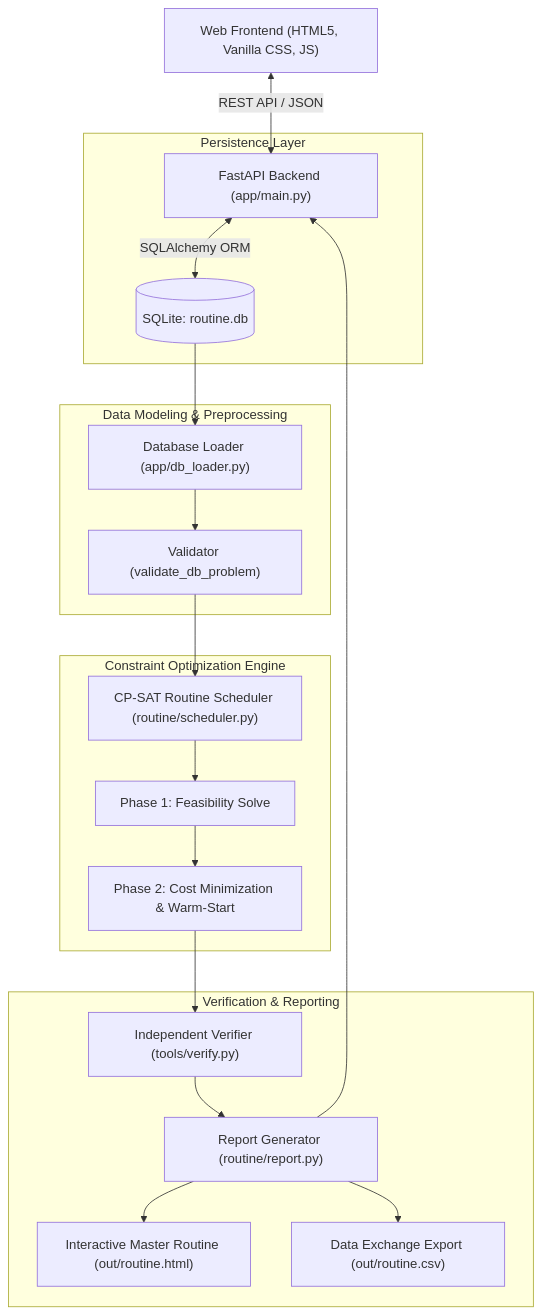
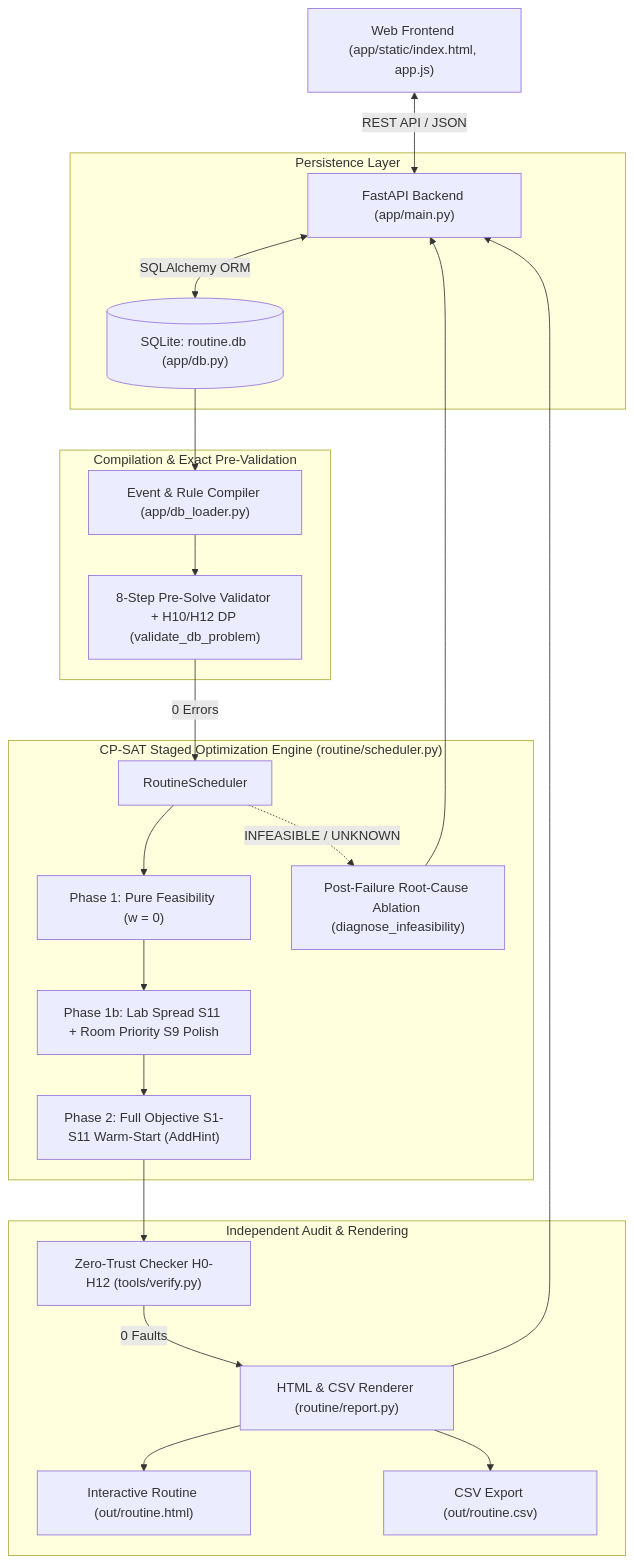
Before and after one commit to mesbaul2022/RoutineMaker: the diagram in DOCUMENTATION.md, drawn with Mermaid. The commit also changed other lines of this file and 60 other files, not shown here.

````diff
--- a/DOCUMENTATION.md
+++ b/DOCUMENTATION.md
@@ -47,35 +52,38 @@
 ```mermaid
 graph TD
-    UI["Web Frontend (HTML5, Vanilla CSS, JS)"] <--> |REST API / JSON| API["FastAPI Backend (app/main.py)"]
-    
-    subgraph Storage ["Persistence Layer"]
-        DB[(SQLite: routine.db)]
-        API <--> |SQLAlchemy ORM| DB
+    UI["Web Frontend (app/static/index.html, app.js)"] <-->|"REST API / JSON"| API["FastAPI Backend (app/main.py)"]
+
+    subgraph Storage["Persistence Layer"]
+        DB[("SQLite: routine.db (app/db.py)")]
+        API <-->|"SQLAlchemy ORM"| DB
     end
 
-    subgraph ProblemModeling ["Data Modeling & Preprocessing"]
-        DBLoader["Database Loader (app/db_loader.py)"]
-        Verify["Validator (validate_db_problem)"]
-        DB --> DBLoader
-        DBLoader --> Verify
+    subgraph ProblemModeling["Compilation & Exact Pre-Validation"]
+        DBLoader["Event & Rule Compiler (app/db_loader.py)"]
+        Validator["8-Step Pre-Solve Validator + H10/H12 DP (validate_db_problem)"]
+        DB --> DBLoader --> Validator
     end
 
-    subgraph OptimizationEngine ["Constraint Optimization Engine"]
-        Solver["CP-SAT Routine Scheduler (routine/scheduler.py)"]
-        Phase1["Phase 1: Feasibility Solve"]
-        Phase2["Phase 2: Cost Minimization & Warm-Start"]
-        Verify --> Solver
-        Solver --> Phase1 --> Phase2
+    subgraph OptimizationEngine["CP-SAT Staged Optimization Engine (routine/scheduler.py)"]
+        Solver["RoutineScheduler"]
+        Phase1["Phase 1: Pure Feasibility (w = 0)"]
+        Phase1b["Phase 1b: Lab Spread S11 + Room Priority S9 Polish"]
+        Phase2["Phase 2: Full Objective S1-S11 Warm-Start (AddHint)"]
+        Diag["Post-Failure Root-Cause Ablation (diagnose_infeasibility)"]
+        Validator -->|"0 Errors"| Solver
+        Solver --> Phase1 --> Phase1b --> Phase2
+        Solver -.->|"INFEASIBLE / UNKNOWN"| Diag
     end
 
-    subgraph PostProcessing ["Verification & Reporting"]
-        HardVerify["Independent Verifier (tools/verify.py)"]
-        ReportGen["Report Generator (routine/report.py)"]
+    subgraph PostProcessing["Independent Audit & Rendering"]
+        HardVerify["Zero-Trust Checker H0-H12 (tools/verify.py)"]
+        ReportGen["HTML & CSV Renderer (routine/report.py)"]
         Phase2 --> HardVerify
-        HardVerify --> ReportGen
-        ReportGen --> MasterHTML["Interactive Master Routine (out/routine.html)"]
-        ReportGen --> FlatCSV["Data Exchange Export (out/routine.csv)"]
+        HardVerify -->|"0 Faults"| ReportGen
+        ReportGen --> MasterHTML["Interactive Routine (out/routine.html)"]
+        ReportGen --> FlatCSV["CSV Export (out/routine.csv)"]
     end
 
     ReportGen --> API
+    Diag --> API
 ```
````
